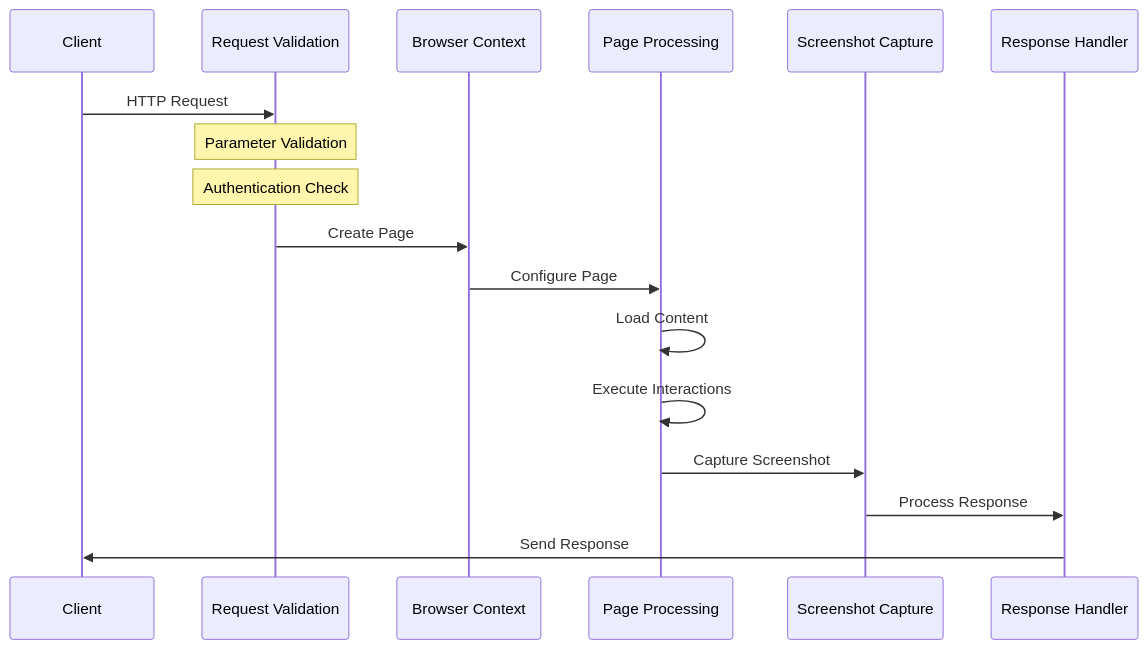
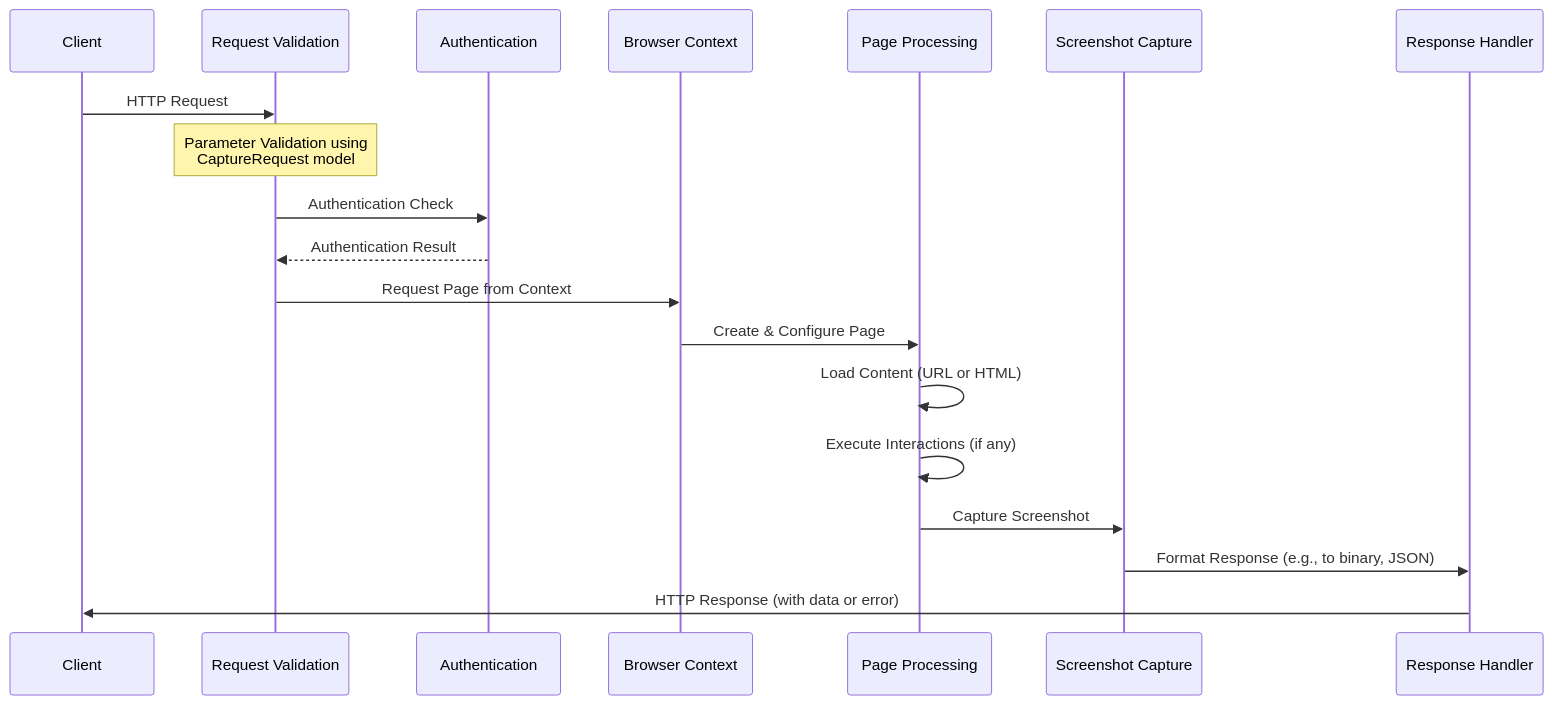
One commit to pixashot/docs changed the diagram in core-concepts/request-lifecycle.md. Above: the diagram before and after it, drawn with Mermaid. The commit also changed other lines of this file and 3 other files, not shown here.

`````diff
--- a/core-concepts/request-lifecycle.md
+++ b/core-concepts/request-lifecycle.md
@@ -16,20 +16,22 @@
 ```mermaid
 sequenceDiagram
     participant C as Client
     participant V as Request Validation
+    participant A as Authentication
     participant B as Browser Context
     participant P as Page Processing
     participant S as Screenshot Capture
     participant R as Response Handler
 
     C->>V: HTTP Request
-    Note over V: Parameter Validation
-    Note over V: Authentication Check
-    V->>B: Create Page
-    B->>P: Configure Page
-    P->>P: Load Content
-    P->>P: Execute Interactions
+    Note over V: Parameter Validation using<br>CaptureRequest model
+    V->>A: Authentication Check
+    A-->>V: Authentication Result
+    V->>B: Request Page from Context
+    B->>P: Create & Configure Page
+    P->>P: Load Content (URL or HTML)
+    P->>P: Execute Interactions (if any)
     P->>S: Capture Screenshot
-    S->>R: Process Response
-    R->>C: Send Response
-```
+    S->>R: Format Response (e.g., to binary, JSON)
+    R->>C: HTTP Response (with data or error)
+````
`````
